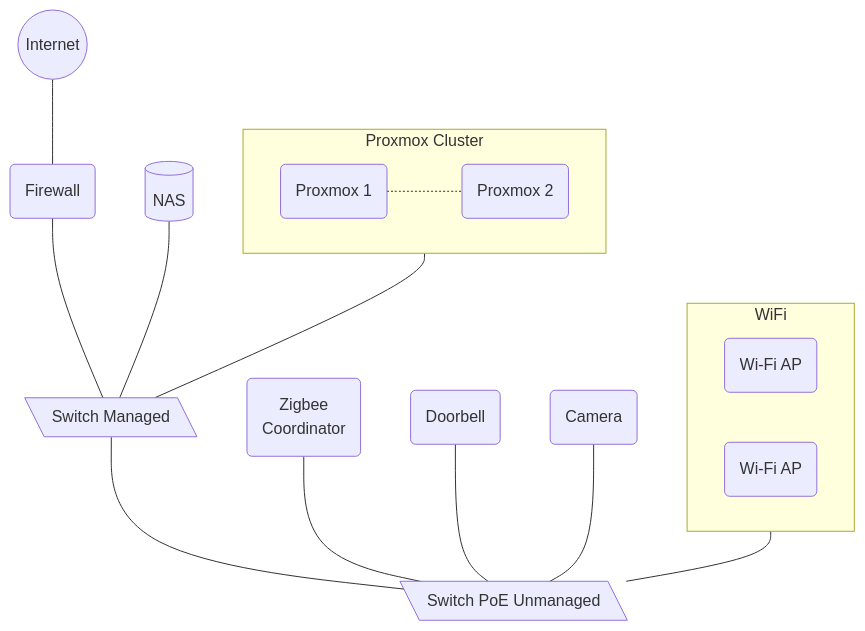
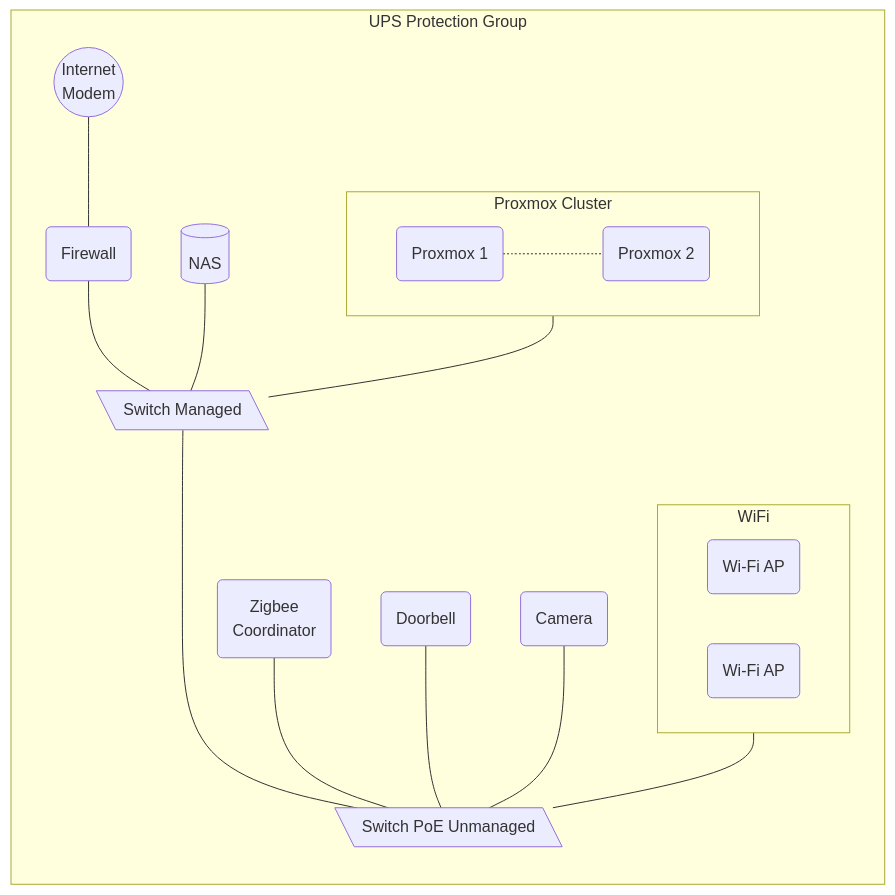
Before and after one commit to Livingdead1989/livingdead1989.github.io: the second of 3 diagrams in _projects/homelab-2026.md, drawn with Mermaid. The commit also changed other lines of this file and 1 other file, not shown here.

```diff
--- a/_projects/homelab-2026.md
+++ b/_projects/homelab-2026.md
@@ -270,25 +337,28 @@
 <div class="mermaid">
-flowchart TB
-  isp((Internet)) --- fw
-  switchServer[\Switch Managed\] --- switchPoE[\Switch PoE Unmanaged\]
+flowchart LR
+  subgraph ups[UPS Protection Group]
+    isp((Internet 
+    Modem)) --- fw
+    switchServer[\Switch Managed\] ---- switchPoE[\Switch PoE Unmanaged\]
 
-  fw(Firewall) --- switchServer
-  data[(NAS)] --- switchServer
-      
-  subgraph cluster[Proxmox Cluster]
-    c1(Proxmox 1) -.- c2
-    c2(Proxmox 2)
+    fw(Firewall) --- switchServer
+    data[(NAS)] --- switchServer
+        
+    subgraph cluster[Proxmox Cluster]
+      c1(Proxmox 1) -.- c2
+      c2(Proxmox 2)
+    end
+    cluster --- switchServer
+
+    zigbee(Zigbee 
+      Coordinator) --- switchPoE
+    doorbell(Doorbell) --- switchPoE
+    camera(Camera) --- switchPoE
+
+    subgraph WiFi
+      wifi1(Wi-Fi AP)
+      wifi2(Wi-Fi AP)
+    end
+    WiFi --- switchPoE
   end
-  cluster --- switchServer
-
-  zigbee(Zigbee 
-    Coordinator) --- switchPoE
-  doorbell(Doorbell) --- switchPoE
-  camera(Camera) --- switchPoE
-
-  subgraph WiFi
-    wifi1(Wi-Fi AP)
-    wifi2(Wi-Fi AP)
-  end
-  WiFi --- switchPoE
 </div>
```
